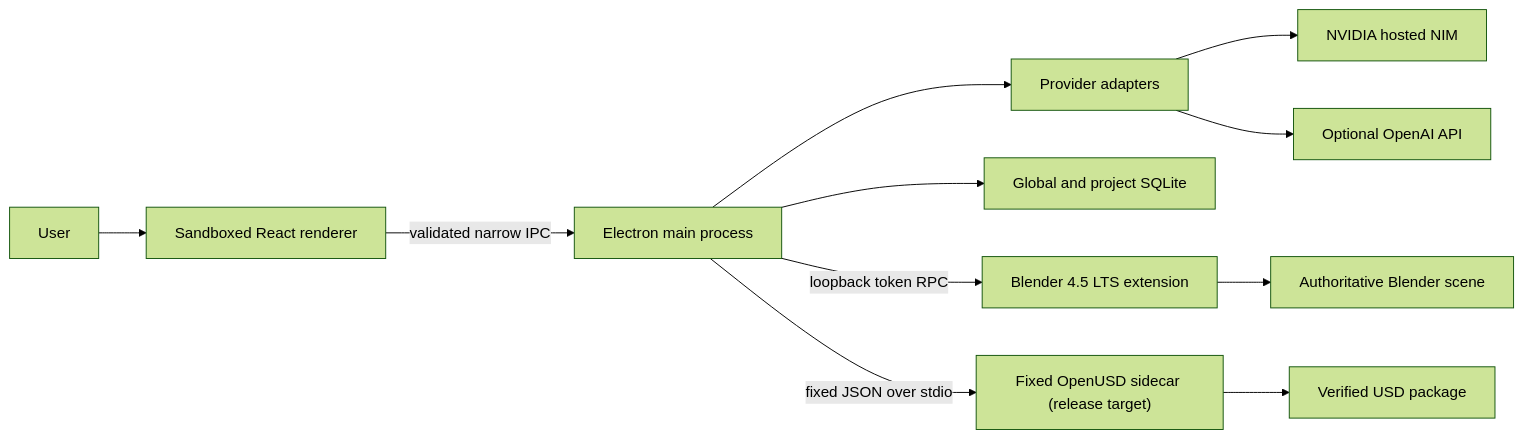
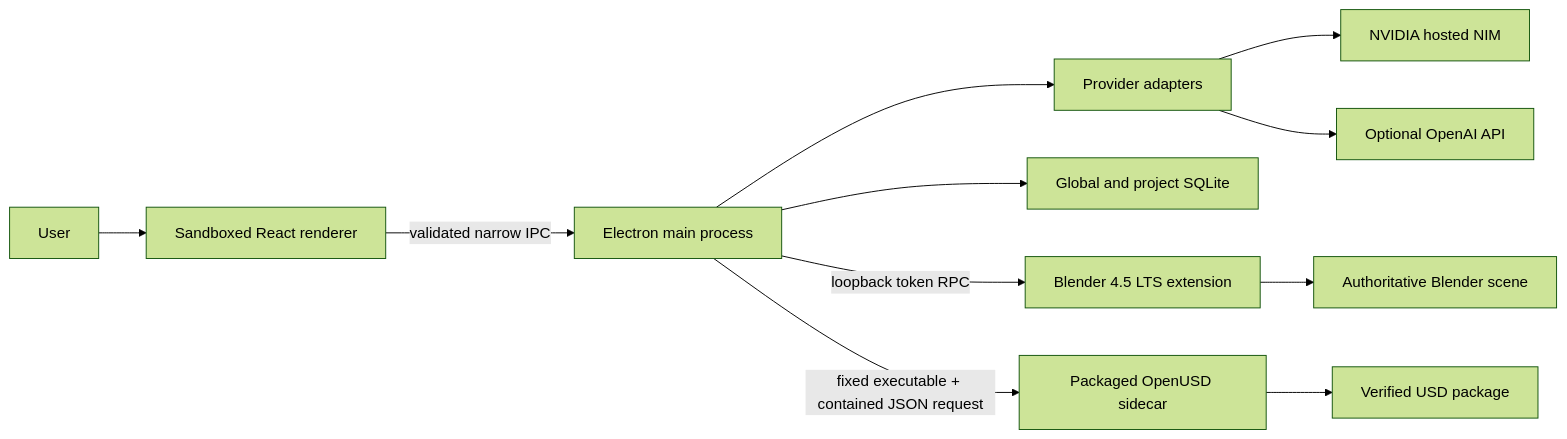
Before and after one commit to aminezombor/SimForge: the diagram in docs/ARCHITECTURE.md, drawn with Mermaid (forest theme). The commit also changed other lines of this file and 37 other files, not shown here.

````diff
--- a/docs/ARCHITECTURE.md
+++ b/docs/ARCHITECTURE.md
@@ -12,13 +12,13 @@
 ```mermaid
 flowchart LR
     U["User"] --> R["Sandboxed React renderer"]
     R -->|"validated narrow IPC"| M["Electron main process"]
     M --> P["Provider adapters"]
     P --> N["NVIDIA hosted NIM"]
     P --> O["Optional OpenAI API"]
     M --> D["Global and project SQLite"]
     M -->|"loopback token RPC"| B["Blender 4.5 LTS extension"]
     B --> S["Authoritative Blender scene"]
-    M -->|"fixed JSON over stdio"| X["Fixed OpenUSD sidecar (release target)"]
+    M -->|"fixed executable + contained JSON request"| X["Packaged OpenUSD sidecar"]
     X --> W["Verified USD package"]
 ```
````
